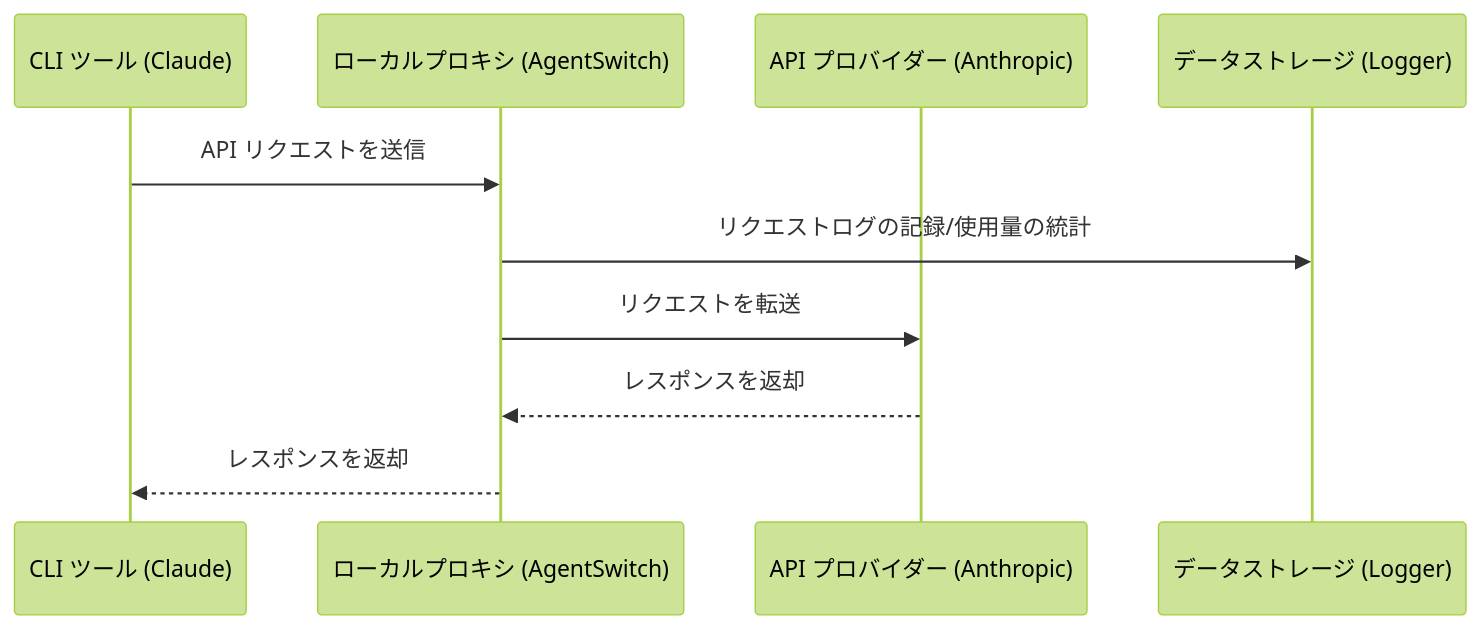
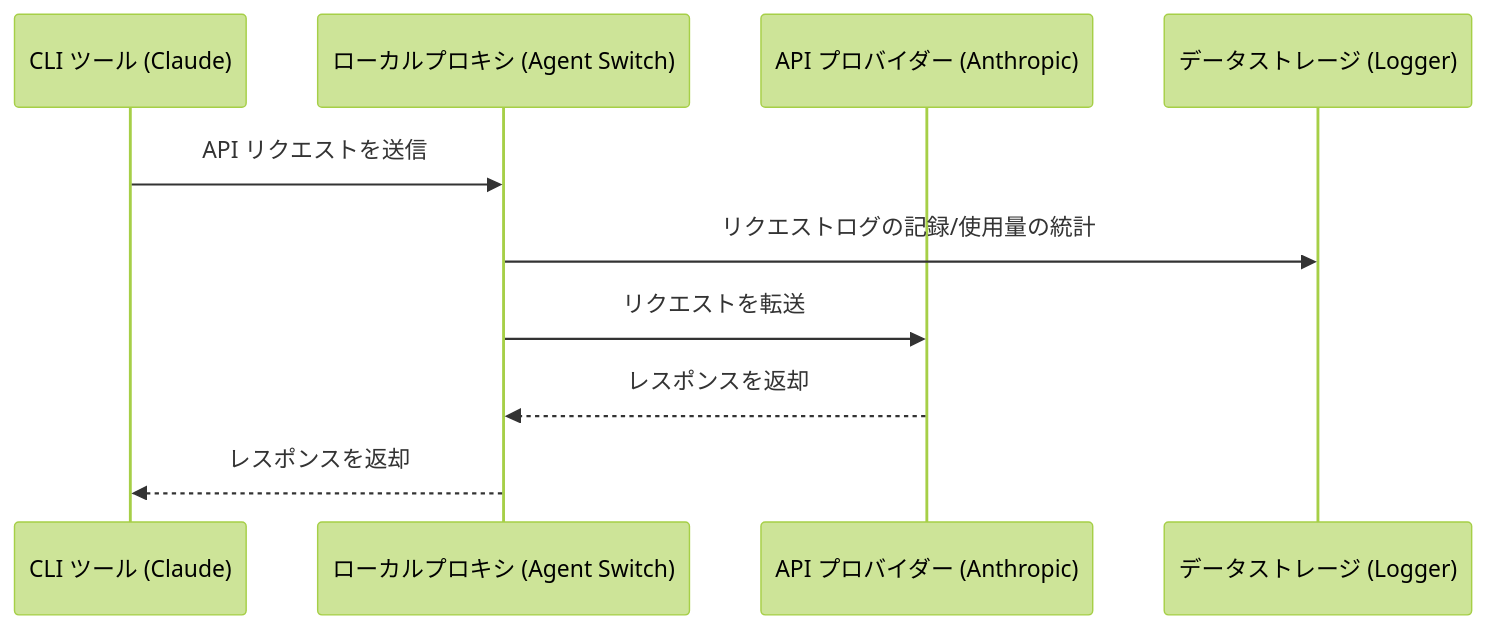
One commit to qunqin24/agent-switch changed the diagram in docs/user-manual/ja/4-proxy/4.1-service.md. Above: the diagram before and after it, drawn with Mermaid (forest theme). The commit also changed other lines of this file and 107 other files, not shown here.

Commit message:
chore(brand): align Agent Switch repository and docs

````diff
--- a/docs/user-manual/ja/4-proxy/4.1-service.md
+++ b/docs/user-manual/ja/4-proxy/4.1-service.md
@@ -116,13 +116,13 @@
 ```mermaid
 sequenceDiagram
     participant CLI as CLI ツール (Claude)
-    participant Proxy as ローカルプロキシ (AgentSwitch)
+    participant Proxy as ローカルプロキシ (Agent Switch)
     participant API as API プロバイダー (Anthropic)
     participant DB as データストレージ (Logger)
 
     CLI->>Proxy: API リクエストを送信
     Proxy->>DB: リクエストログの記録/使用量の統計
     Proxy->>API: リクエストを転送
     API-->>Proxy: レスポンスを返却
     Proxy-->>CLI: レスポンスを返却
 ```
````
